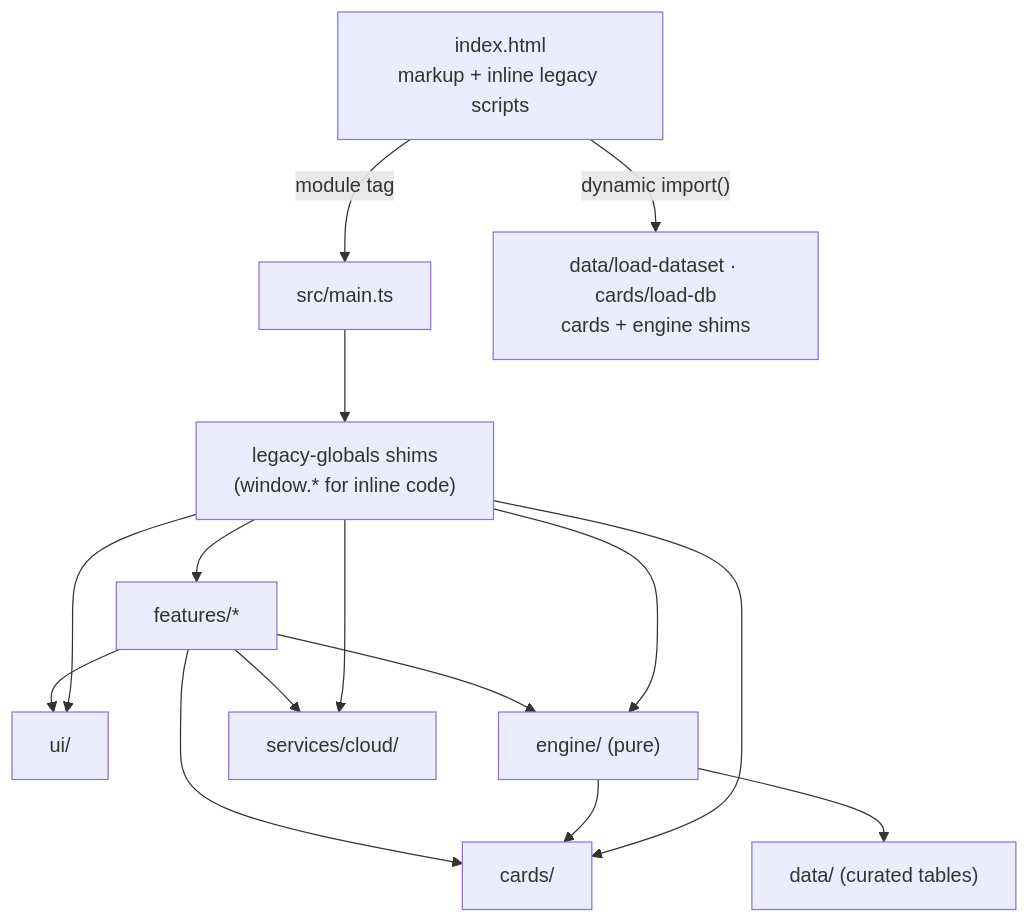
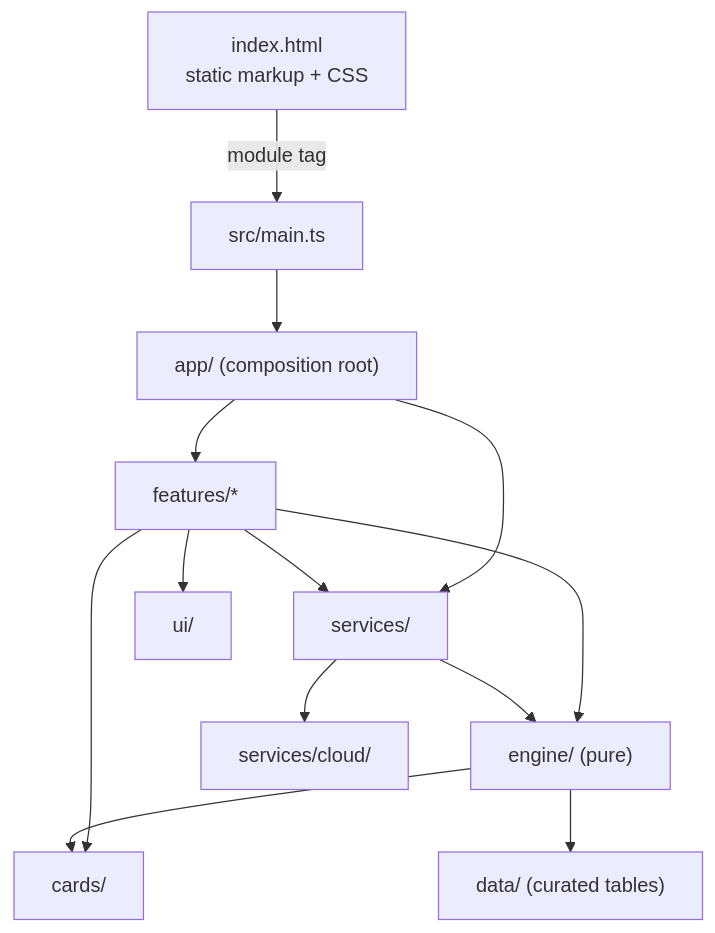
One commit to anf1978/PodMates changed the diagram in docs/architecture.md. Above: the diagram before and after it, drawn with Mermaid. The commit also changed other lines of this file and 113 other files, not shown here.

First line of the commit message:
refactor: delete the remaining shims; index.html becomes static markup (R14 slice 8)

````diff
--- a/docs/architecture.md
+++ b/docs/architecture.md
@@ -25,13 +28,15 @@
 ```mermaid
 flowchart TB
-  H["index.html<br/>markup + inline legacy scripts"] -->|module tag| M["src/main.ts"]
-  H -->|"dynamic import()"| L["data/load-dataset · cards/load-db<br/>cards + engine shims"]
-  M --> SH["legacy-globals shims<br/>(window.* for inline code)"]
-  F["features/*"] --> UI["ui/"]
+  H["index.html<br/>static markup + CSS"] -->|module tag| M["src/main.ts"]
+  M --> A["app/ (composition root)"]
+  A --> F["features/*"]
+  A --> S["services/"]
+  F --> UI["ui/"]
+  F --> S
   F --> E["engine/ (pure)"]
   F --> C["cards/"]
-  F --> CL["services/cloud/"]
+  S --> CL["services/cloud/"]
+  S --> E
   E --> C
   E --> D["data/ (curated tables)"]
-  SH --> F & UI & E & C & CL
 ```
````
